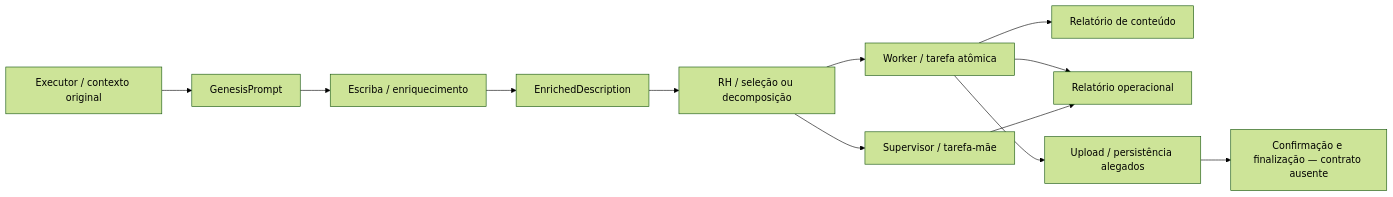
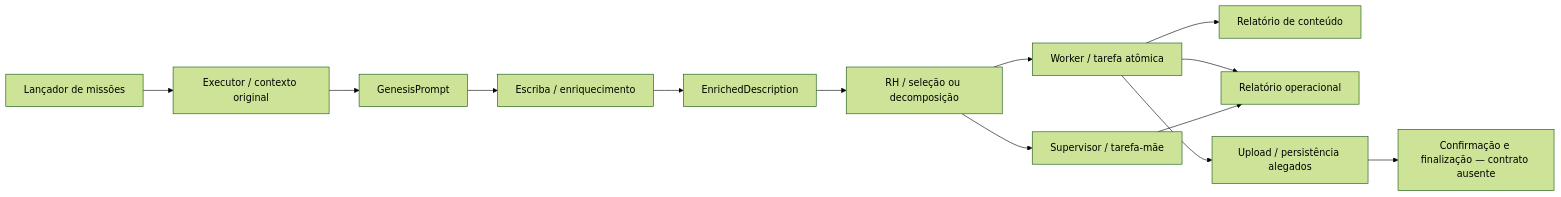
One commit to meshwave65/Foundation_MeshWave changed the diagram in BCE/temas/sofia-agentes-missoes-e-oraculo.md. Above: the diagram before and after it, drawn with Mermaid (forest theme). The commit also changed other lines of this file, not shown here.

````diff
--- a/BCE/temas/sofia-agentes-missoes-e-oraculo.md
+++ b/BCE/temas/sofia-agentes-missoes-e-oraculo.md
@@ -101,14 +113,15 @@
 ```mermaid
 flowchart LR
-    E[Executor / contexto original] --> G[GenesisPrompt]
+    L[Lançador de missões] --> E[Executor / contexto original]
+    E --> G[GenesisPrompt]
     G --> W[Escriba / enriquecimento]
     W --> D[EnrichedDescription]
     D --> R[RH / seleção ou decomposição]
     R --> A[Worker / tarefa atômica]
     R --> S[Supervisor / tarefa-mãe]
     A --> F[Relatório de conteúdo]
     A --> O[Relatório operacional]
     S --> O
     A --> U[Upload / persistência alegados]
     U --> C[Confirmação e finalização — contrato ausente]
 ```
````
